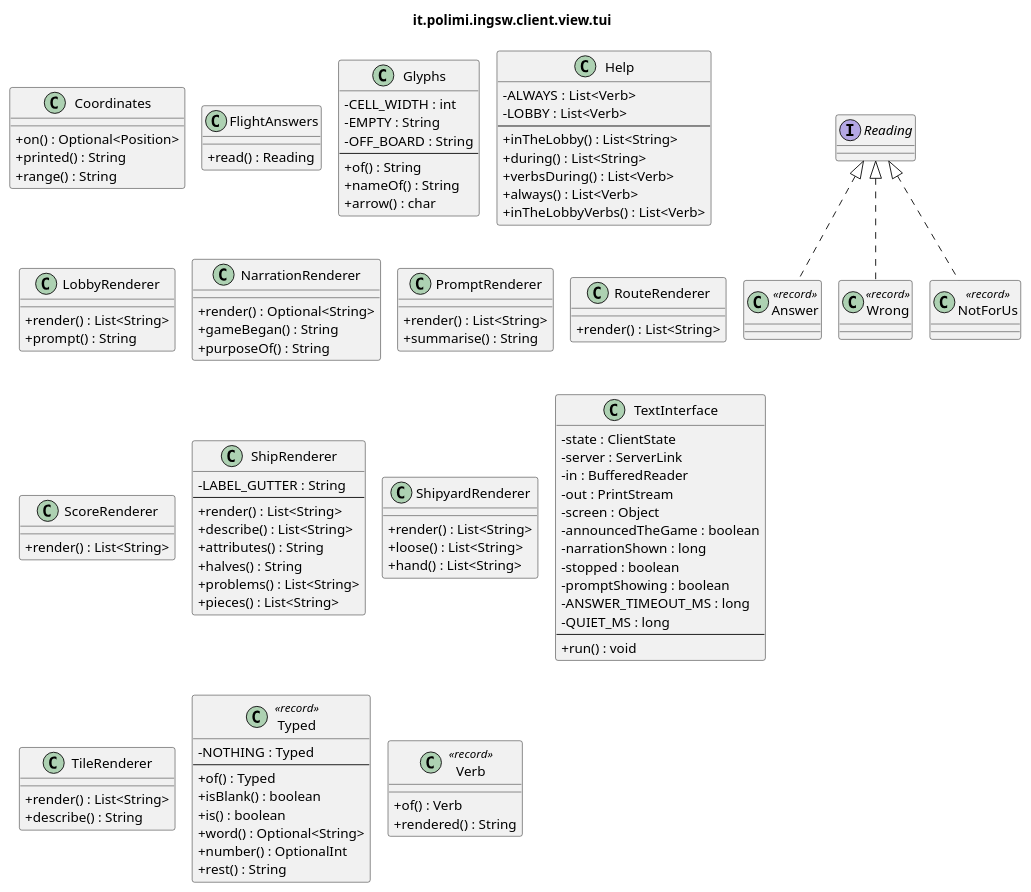
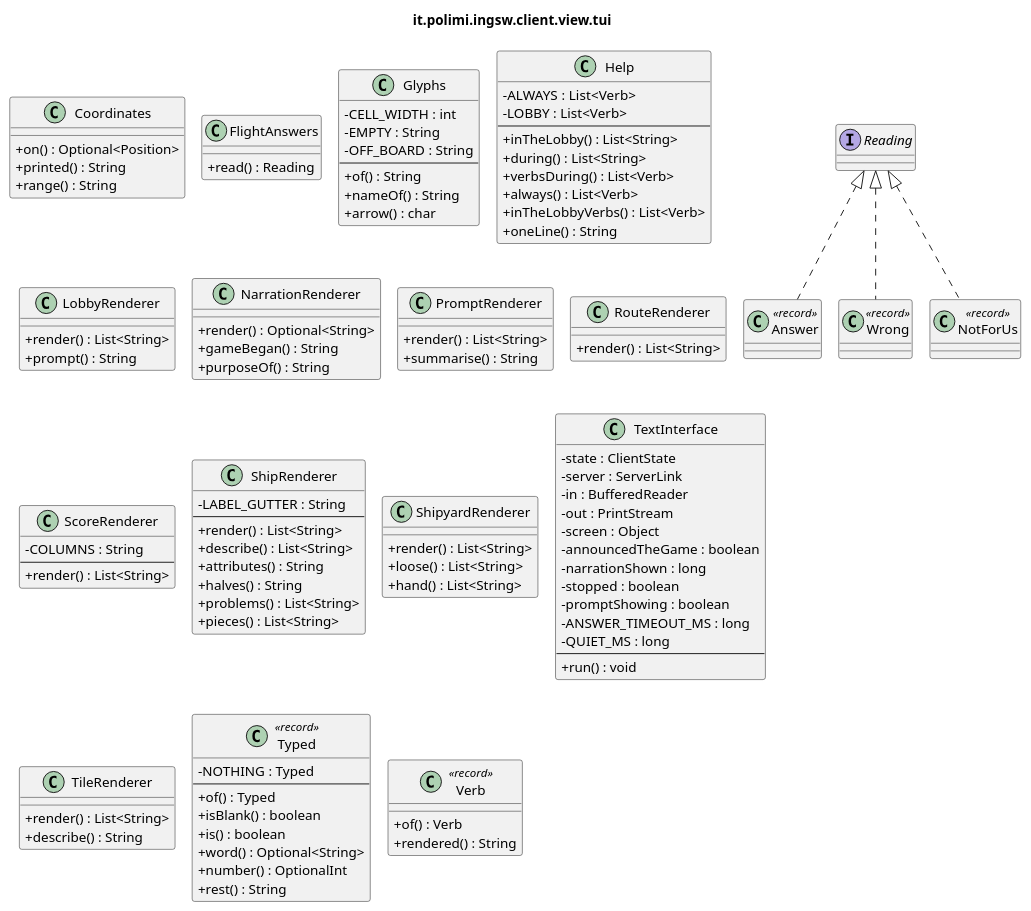
Before and after one commit to samuelesegrini/ing-sw-2025-segrini-terribile-varricchio-zanca: the diagram in docs/uml/detailed/client-view-tui.puml, drawn with PlantUML. The commit also changed 3 other files, not shown here.

```diff
--- a/docs/uml/detailed/client-view-tui.puml
+++ b/docs/uml/detailed/client-view-tui.puml
@@ -1,114 +1,117 @@
 @startuml it_polimi_ingsw_client_view_tui
 ' Generated by tools/uml/generate-detailed.py. Do not edit by hand.
 !pragma layout smetana
 skinparam shadowing false
 skinparam classAttributeIconSize 0
 title it.polimi.ingsw.client.view.tui
 
 class Coordinates {
   +on() : Optional<Position>
   +printed() : String
   +range() : String
 }
 class FlightAnswers {
   +read() : Reading
 }
 interface Reading {
 }
 class Answer <<record>> {
 }
 class Wrong <<record>> {
 }
 class NotForUs <<record>> {
 }
 class Glyphs {
   -CELL_WIDTH : int
   -EMPTY : String
   -OFF_BOARD : String
   --
   +of() : String
   +nameOf() : String
   +arrow() : char
 }
 class Help {
   -ALWAYS : List<Verb>
   -LOBBY : List<Verb>
   --
   +inTheLobby() : List<String>
   +during() : List<String>
   +verbsDuring() : List<Verb>
   +always() : List<Verb>
   +inTheLobbyVerbs() : List<Verb>
+  +oneLine() : String
 }
 class LobbyRenderer {
   +render() : List<String>
   +prompt() : String
 }
 class NarrationRenderer {
   +render() : Optional<String>
   +gameBegan() : String
   +purposeOf() : String
 }
 class PromptRenderer {
   +render() : List<String>
   +summarise() : String
 }
 class RouteRenderer {
   +render() : List<String>
 }
 class ScoreRenderer {
+  -COLUMNS : String
+  --
   +render() : List<String>
 }
 class ShipRenderer {
   -LABEL_GUTTER : String
   --
   +render() : List<String>
   +describe() : List<String>
   +attributes() : String
   +halves() : String
   +problems() : List<String>
   +pieces() : List<String>
 }
 class ShipyardRenderer {
   +render() : List<String>
   +loose() : List<String>
   +hand() : List<String>
 }
 class TextInterface {
   -state : ClientState
   -server : ServerLink
   -in : BufferedReader
   -out : PrintStream
   -screen : Object
   -announcedTheGame : boolean
   -narrationShown : long
   -stopped : boolean
   -promptShowing : boolean
   -ANSWER_TIMEOUT_MS : long
   -QUIET_MS : long
   --
   +run() : void
 }
 class TileRenderer {
   +render() : List<String>
   +describe() : String
 }
 class Typed <<record>> {
   -NOTHING : Typed
   --
   +of() : Typed
   +isBlank() : boolean
   +is() : boolean
   +word() : Optional<String>
   +number() : OptionalInt
   +rest() : String
 }
 class Verb <<record>> {
   +of() : Verb
   +rendered() : String
 }
 
 Reading <|.. Answer
 Reading <|.. Wrong
 Reading <|.. NotForUs
 @enduml
```
